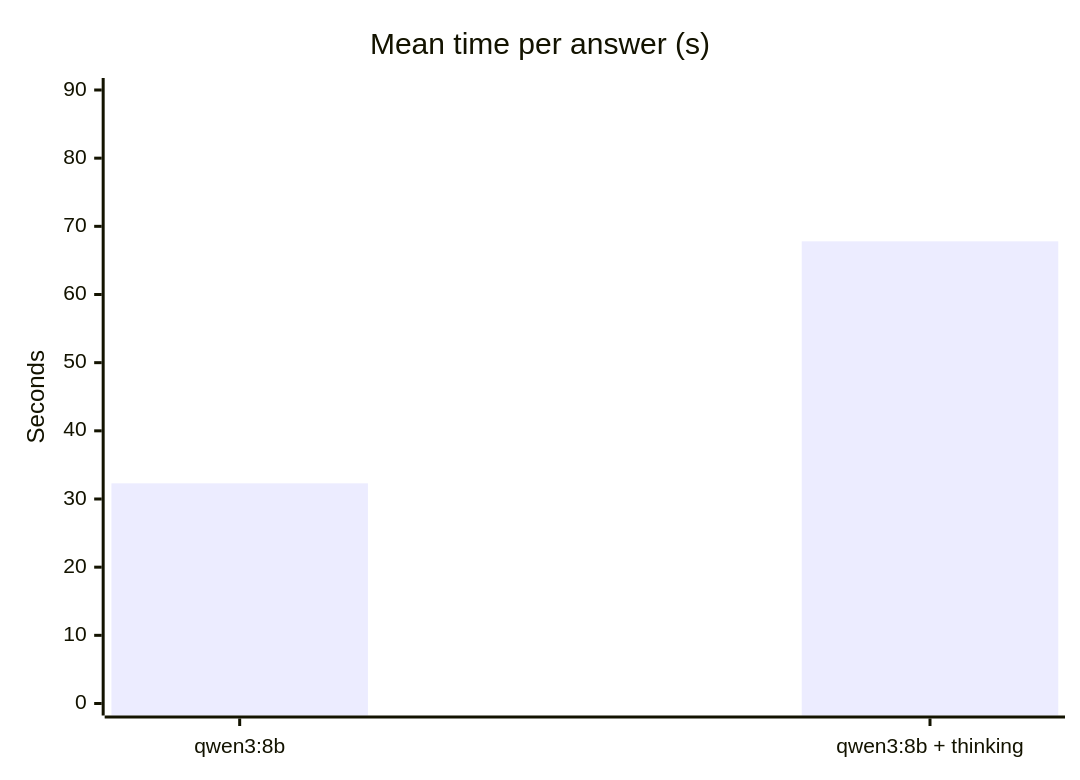
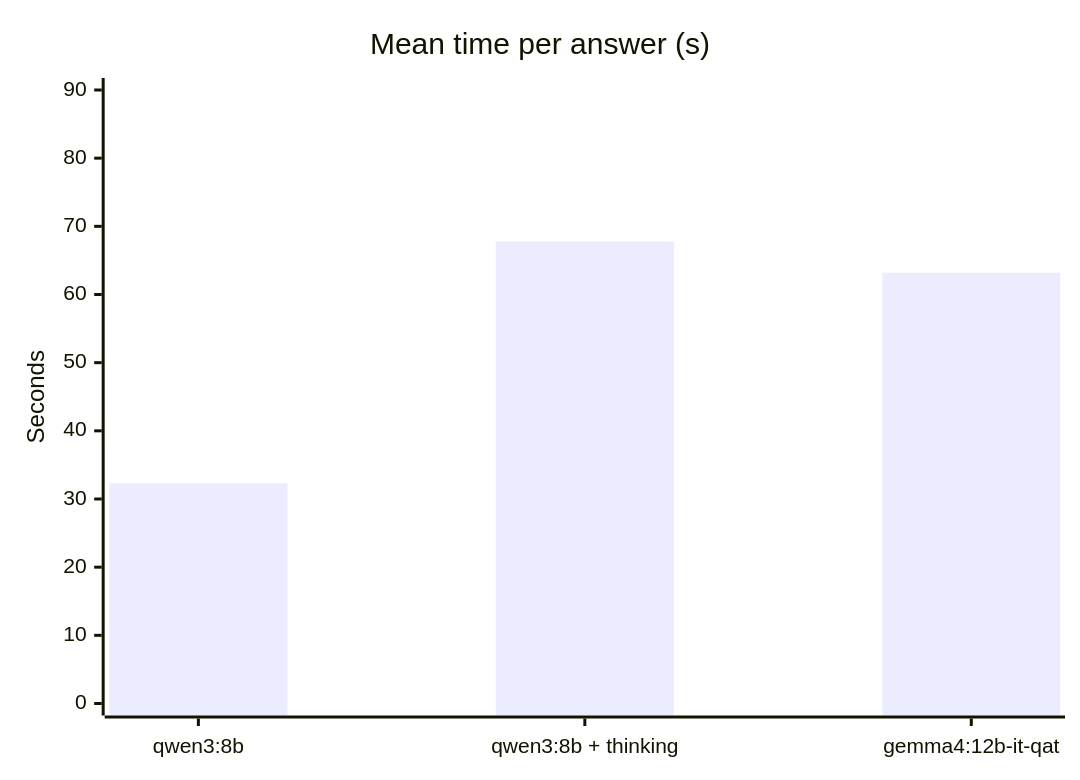
The second of 2 diagrams in docs/benchmarks.md (sdeparte/kb-meeting-agent), drawn with Mermaid before and after one commit. The commit also changed other lines of this file, not shown here.

Commit message:
docs(bench): gemma4:12b on strong

````diff
--- a/docs/benchmarks.md
+++ b/docs/benchmarks.md
@@ -56,7 +57,7 @@
 ```mermaid
 xychart-beta
   title "Mean time per answer (s)"
-  x-axis ["qwen3:8b", "qwen3:8b + thinking"]
+  x-axis ["qwen3:8b", "qwen3:8b + thinking", "gemma4:12b-it-qat"]
   y-axis "Seconds" 0 --> 90
-  bar [32.3, 67.8]
+  bar [32.3, 67.8, 63.2]
 ```
````
